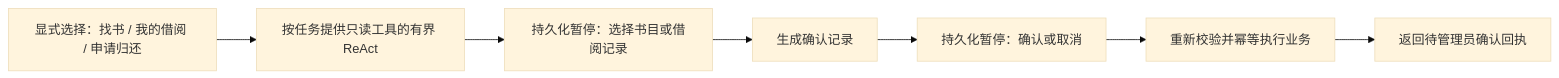
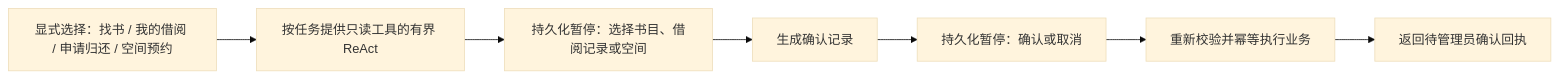
One commit to 320MUYU/liberary-agent changed the diagram in docs/agent-guide.md. Above: the diagram before and after it, drawn with Mermaid (base theme). The commit also changed other lines of this file and 12 other files, not shown here.

````diff
--- a/docs/agent-guide.md
+++ b/docs/agent-guide.md
@@ -66,9 +83,9 @@
 ```mermaid
 flowchart LR
-    Q[显式选择：找书 / 我的借阅 / 申请归还] --> R[按任务提供只读工具的有界 ReAct]
-    R --> S[持久化暂停：选择书目或借阅记录]
+    Q[显式选择：找书 / 我的借阅 / 申请归还 / 空间预约] --> R[按任务提供只读工具的有界 ReAct]
+    R --> S[持久化暂停：选择书目、借阅记录或空间]
     S --> P[生成确认记录]
     P --> C[持久化暂停：确认或取消]
     C --> A[重新校验并幂等执行业务]
     A --> E[返回待管理员确认回执]
 ```
````
